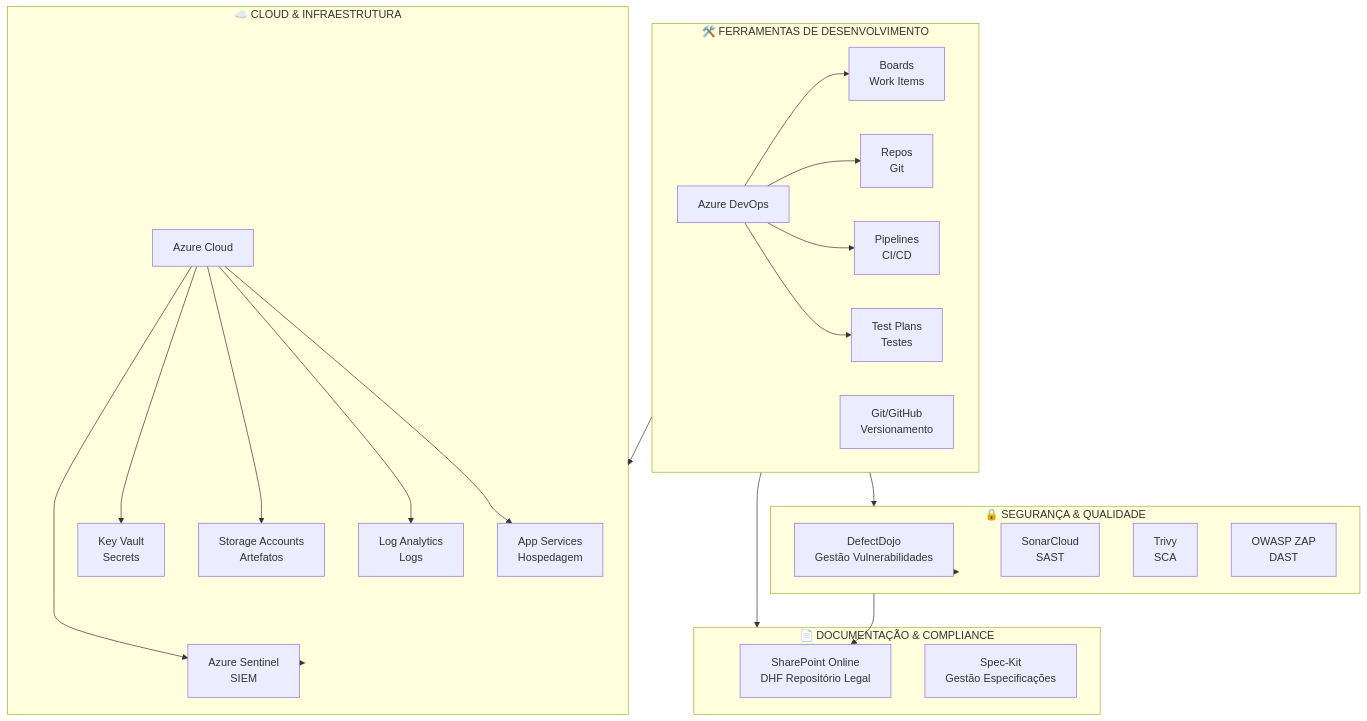
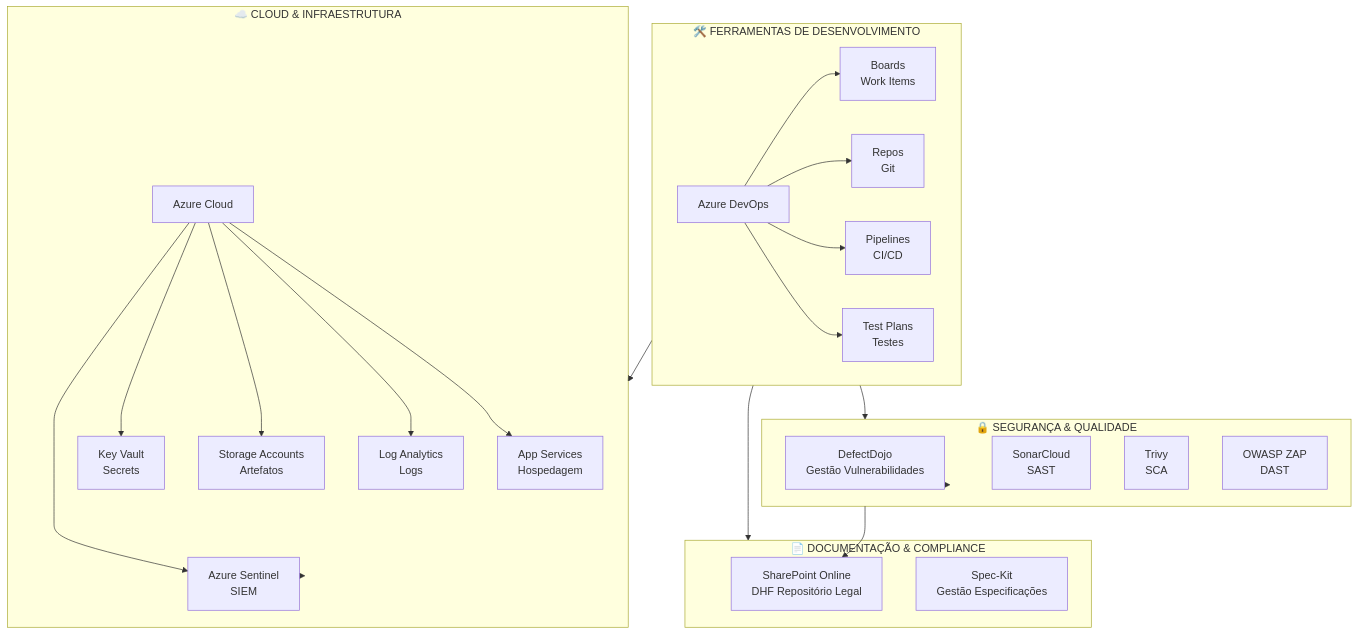
Before and after one commit to resper1965/ionic-health-pq44: the seventh of 7 diagrams in demo-app/docs/FLOWS.md, drawn with Mermaid. The commit also changed other lines of this file and 54 other files, not shown here.

````diff
--- a/demo-app/docs/FLOWS.md
+++ b/demo-app/docs/FLOWS.md
@@ -167,39 +174,38 @@
 ```mermaid
 graph TB
     subgraph Cloud["☁️ CLOUD & INFRAESTRUTURA"]
         Azure[Azure Cloud]
         Azure --> AppService[App Services<br/>Hospedagem]
         Azure --> KeyVault[Key Vault<br/>Secrets]
         Azure --> Storage[Storage Accounts<br/>Artefatos]
         Azure --> LogAnalytics[Log Analytics<br/>Logs]
         Azure --> Sentinel[Azure Sentinel<br/>SIEM]
     end
     
     subgraph DevTools["🛠️ FERRAMENTAS DE DESENVOLVIMENTO"]
         ADO[Azure DevOps]
         ADO --> Boards[Boards<br/>Work Items]
         ADO --> Repos[Repos<br/>Git]
         ADO --> Pipelines[Pipelines<br/>CI/CD]
         ADO --> TestPlans[Test Plans<br/>Testes]
-        Git[Git/GitHub<br/>Versionamento]
     end
     
     subgraph Security["🔒 SEGURANÇA & QUALIDADE"]
         DefectDojo[DefectDojo<br/>Gestão Vulnerabilidades]
         SonarCloud[SonarCloud<br/>SAST]
         Trivy[Trivy<br/>SCA]
         ZAP[OWASP ZAP<br/>DAST]
     end
     
     subgraph Docs["📄 DOCUMENTAÇÃO & COMPLIANCE"]
         SharePoint[SharePoint Online<br/>DHF Repositório Legal]
         SpecKit[Spec-Kit<br/>Gestão Especificações]
     end
     
     DevTools --> Security
     Security --> DefectDojo
     DevTools --> Cloud
     DevTools --> Docs
     Cloud --> Sentinel
     Security --> SharePoint
 ```
````
